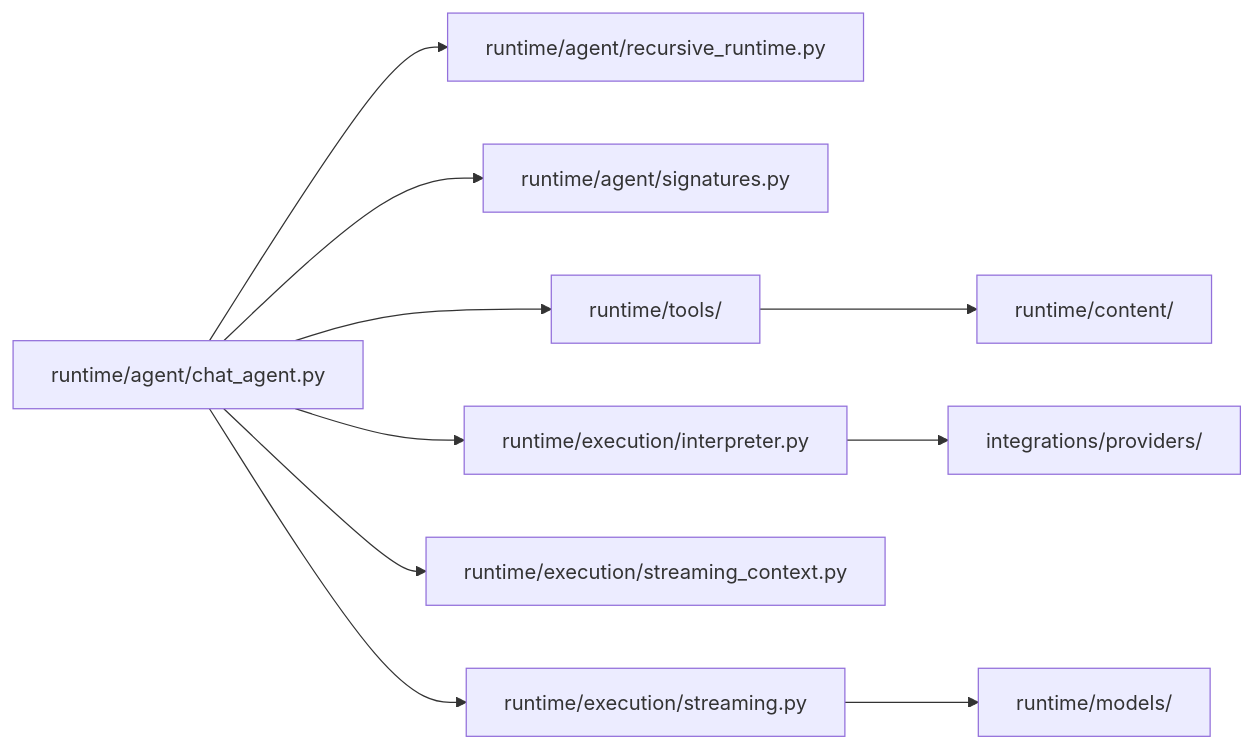
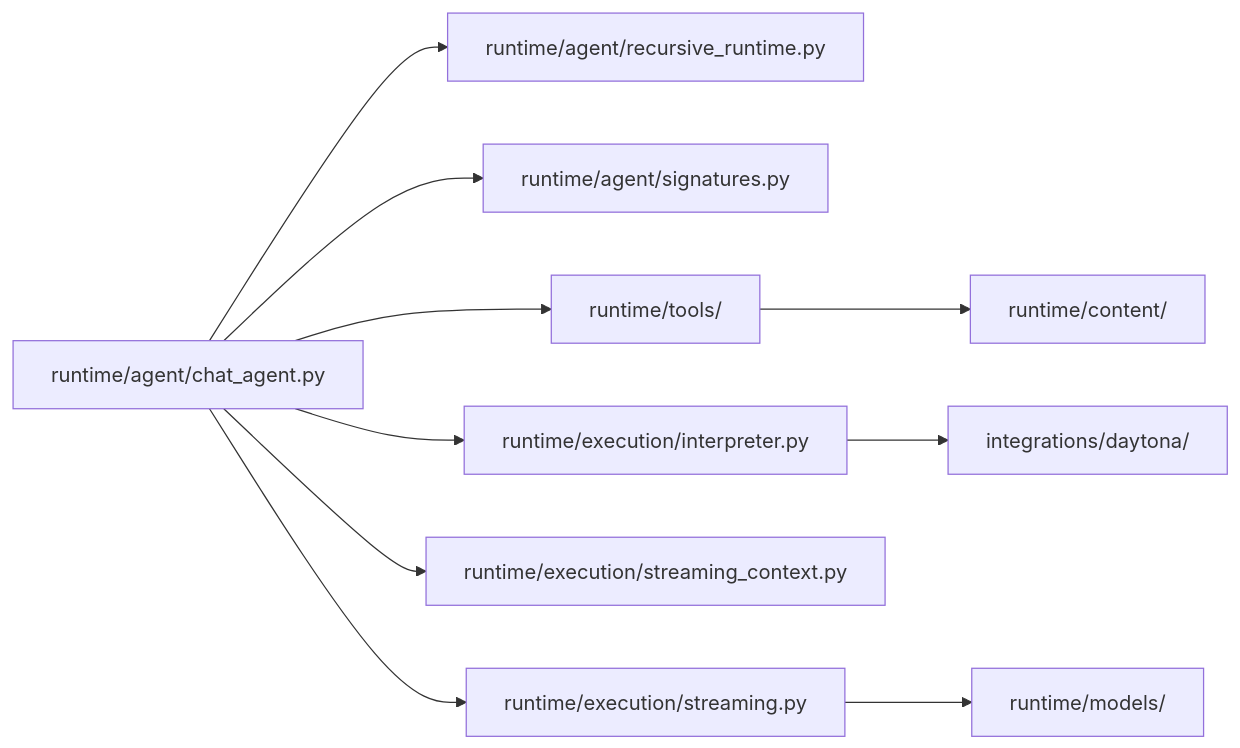
Before and after one commit to Qredence/fleet-rlm: the second of 3 diagrams in docs/reference/module-map.md, drawn with Mermaid. The commit also changed other lines of this file and 103 other files, not shown here.

````diff
--- a/docs/reference/module-map.md
+++ b/docs/reference/module-map.md
@@ -41,23 +41,23 @@
 ```mermaid
 graph LR
     CHAT["runtime/agent/chat_agent.py"]
     RLM["runtime/agent/recursive_runtime.py"]
     SIG["runtime/agent/signatures.py"]
     EXEC["runtime/execution/interpreter.py"]
     STREAM["runtime/execution/streaming.py"]
     STREAM_CTX["runtime/execution/streaming_context.py"]
     TOOLS["runtime/tools/"]
     CONTENT["runtime/content/"]
     MODELS["runtime/models/"]
-    PROVIDERS["integrations/providers/"]
+    PROVIDERS["integrations/daytona/"]
 
     CHAT --> SIG
     CHAT --> TOOLS
     CHAT --> EXEC
     CHAT --> STREAM
     CHAT --> STREAM_CTX
     CHAT --> RLM
     TOOLS --> CONTENT
     EXEC --> PROVIDERS
     STREAM --> MODELS
 ```
````
